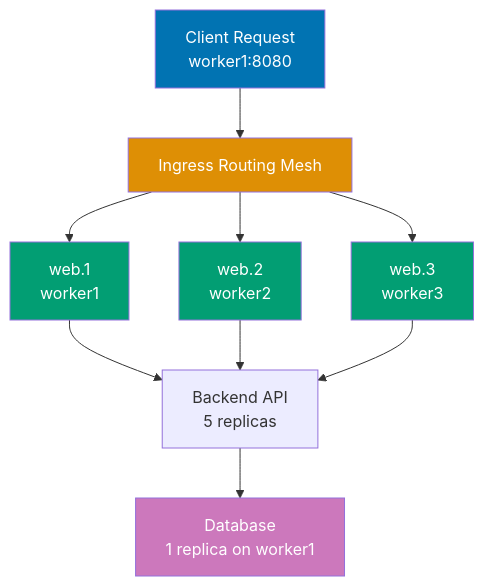
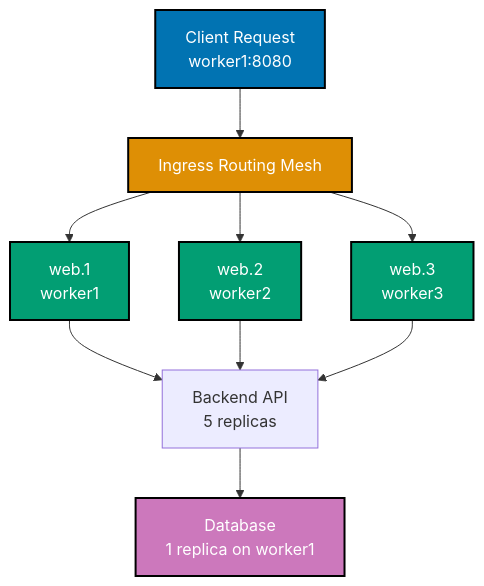
Before and after one commit to wahidyankf/open-sharia-enterprise: the second of 14 diagrams in apps/ayokoding-web/content/en/learn/software-engineering/infrastructure/tools/docker/by-example/advanced.md, drawn with Mermaid. The commit also changed other lines of this file and 25 other files, not shown here.

````diff
--- a/apps/ayokoding-web/content/en/learn/software-engineering/infrastructure/tools/docker/by-example/advanced.md
+++ b/apps/ayokoding-web/content/en/learn/software-engineering/infrastructure/tools/docker/by-example/advanced.md
@@ -120,19 +121,20 @@
 ```mermaid
+%% Color Palette: Blue #0173B2, Orange #DE8F05, Teal #029E73, Purple #CC78BC, Brown #CA9161
 %% Swarm service distribution
 graph TD
  A["Client Request<br/>worker1:8080"] --> B["Ingress Routing Mesh"]
  B --> C1["web.1<br/>worker1"]
  B --> C2["web.2<br/>worker2"]
  B --> C3["web.3<br/>worker3"]
  C1 --> D["Backend API<br/>5 replicas"]
  C2 --> D
  C3 --> D
  D --> E["Database<br/>1 replica on worker1"]
 
- style A fill:#0173B2,color:#fff
- style B fill:#DE8F05,color:#fff
- style C1 fill:#029E73,color:#fff
- style C2 fill:#029E73,color:#fff
- style C3 fill:#029E73,color:#fff
- style E fill:#CC78BC,color:#fff
+ style A fill:#0173B2,stroke:#000000,stroke-width:2px,color:#fff
+ style B fill:#DE8F05,stroke:#000000,stroke-width:2px,color:#fff
+ style C1 fill:#029E73,stroke:#000000,stroke-width:2px,color:#fff
+ style C2 fill:#029E73,stroke:#000000,stroke-width:2px,color:#fff
+ style C3 fill:#029E73,stroke:#000000,stroke-width:2px,color:#fff
+ style E fill:#CC78BC,stroke:#000000,stroke-width:2px,color:#fff
 ```
````
